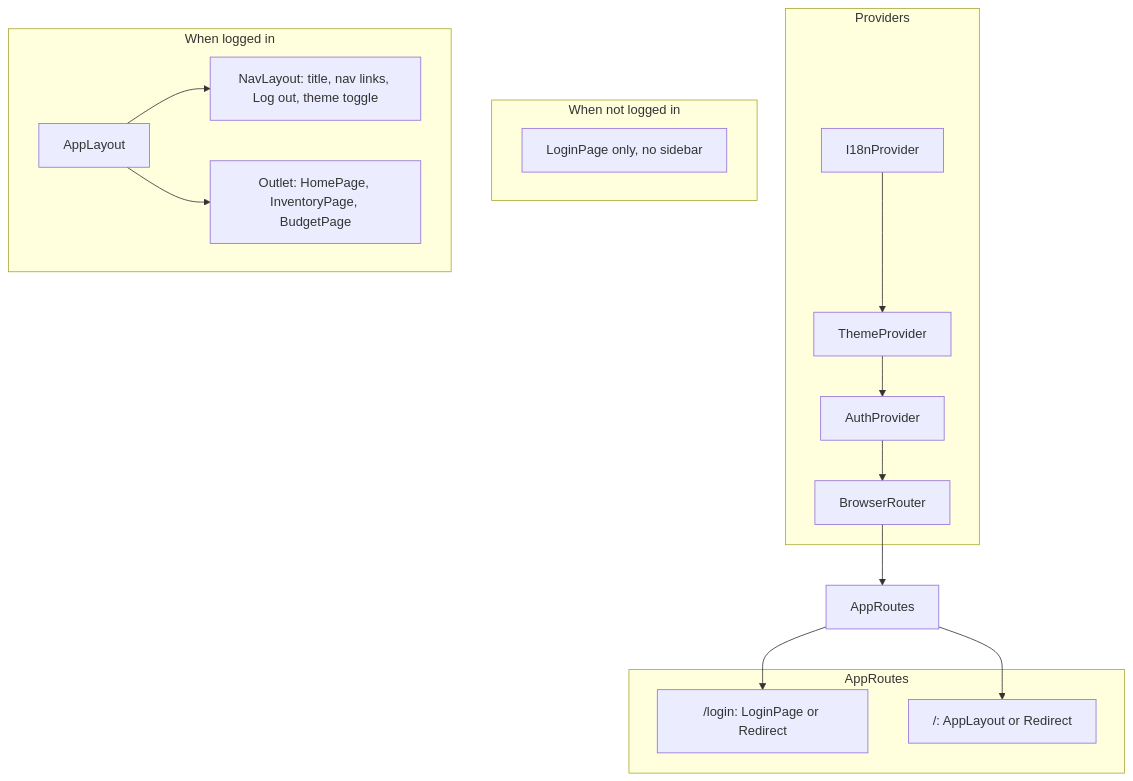
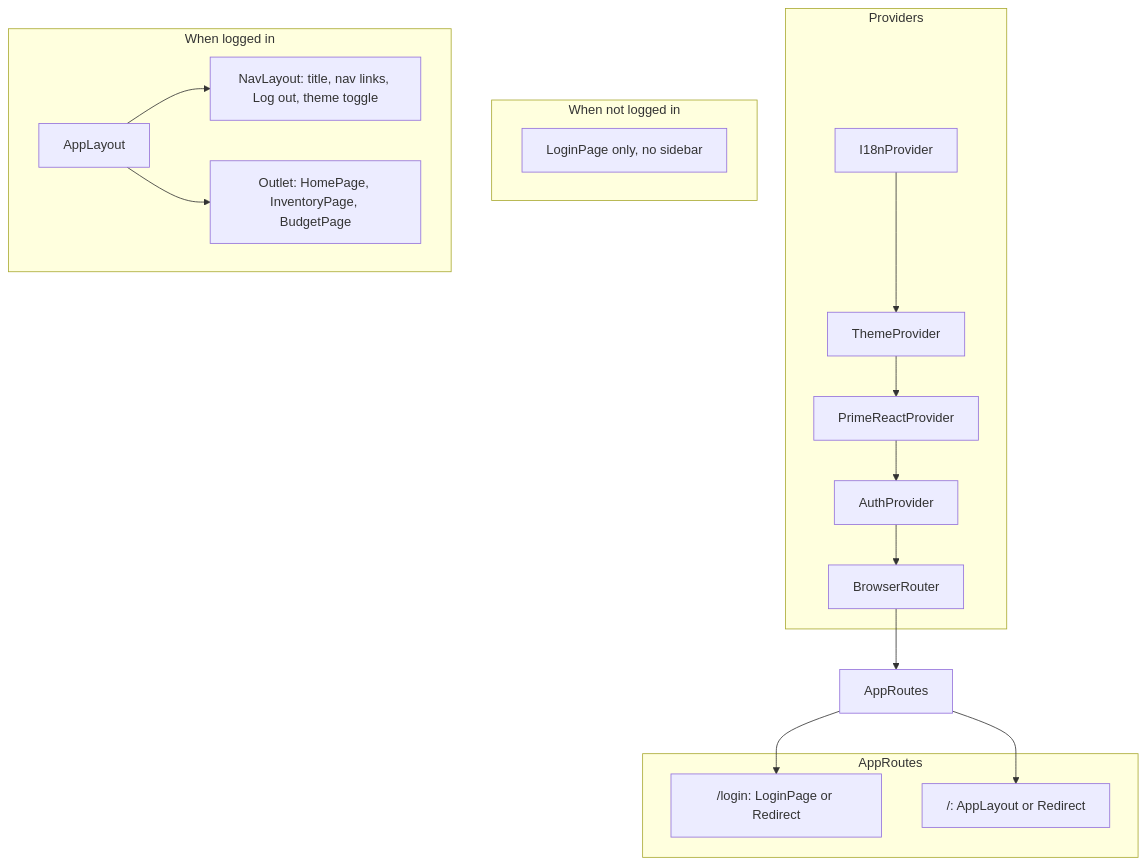
Before and after one commit to jocaruser/illo3d: the first of 2 diagrams in docs/architecture/app-shell-and-auth.md, drawn with Mermaid. The commit also changed other lines of this file and 34 other files, not shown here.

Commit message:
feat(ui): migrate to PrimeReact for atoms and tables

````diff
--- a/docs/architecture/app-shell-and-auth.md
+++ b/docs/architecture/app-shell-and-auth.md
@@ -5,33 +5,35 @@
 ```mermaid
 flowchart TB
   subgraph providers [Providers]
     I18nProvider
     ThemeProvider
+    PrimeReactProvider
     AuthProvider
     BrowserRouter
   end
   I18nProvider --> ThemeProvider
-  ThemeProvider --> AuthProvider
+  ThemeProvider --> PrimeReactProvider
+  PrimeReactProvider --> AuthProvider
   AuthProvider --> BrowserRouter
   BrowserRouter --> AppRoutes
 
   subgraph routes [AppRoutes]
     LoginRoute["/login: LoginPage or Redirect"]
     AppRoute["/: AppLayout or Redirect"]
   end
 
   AppRoutes --> LoginRoute
   AppRoutes --> AppRoute
 
   subgraph whenLoggedOut [When not logged in]
     LoginPageOnly[LoginPage only, no sidebar]
   end
 
   subgraph whenLoggedIn [When logged in]
     AppLayoutShell[AppLayout]
     Sidebar[NavLayout: title, nav links, Log out, theme toggle]
     Main[Outlet: HomePage, InventoryPage, BudgetPage]
     AppLayoutShell --> Sidebar
     AppLayoutShell --> Main
   end
 ```
````
